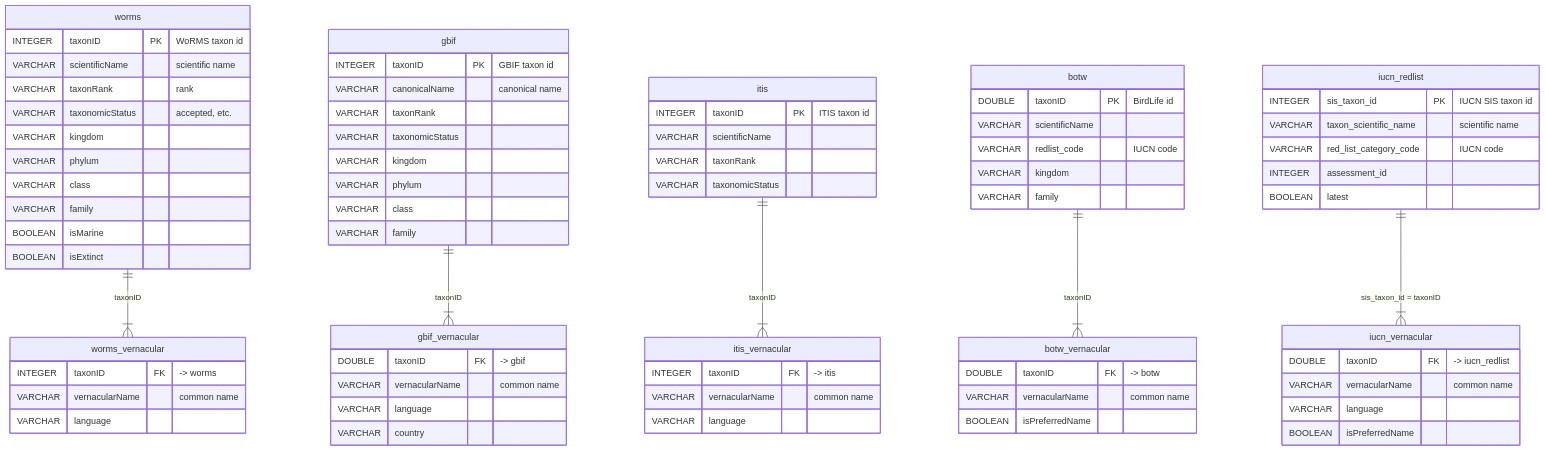
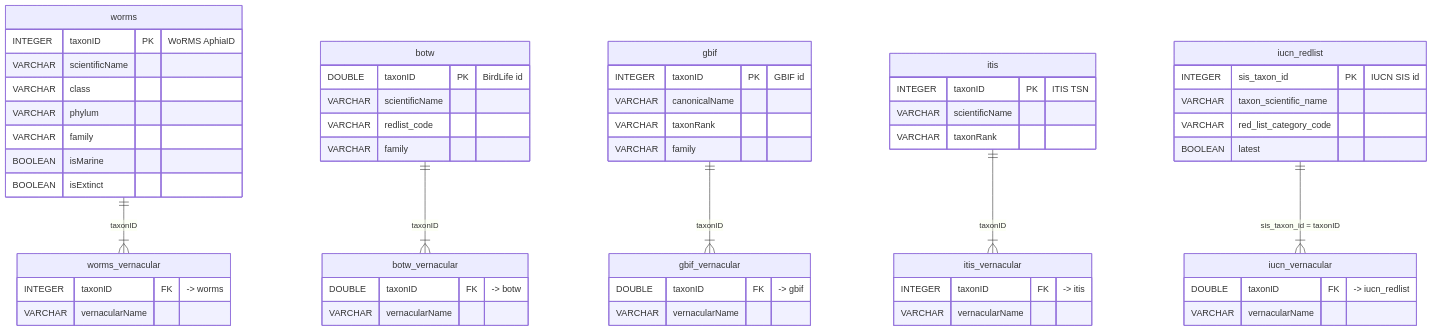
The fourth of 4 diagrams in schema.qmd (MarineSensitivity/workflows), drawn with Mermaid before and after one commit. The commit also changed other lines of this file and 8 other files, not shown here.

First line of the commit message:
schema.qmd: rewrite for v8 — architecture + ERDs across all four DuckDB databases [#18]

````diff
--- a/schema.qmd
+++ b/schema.qmd
@@ -764,87 +553,65 @@
 ```{mermaid}
 %%| label: fig-spp-erd
-%%| fig-cap: "SPP entity relationship diagram (click to zoom)"
+%%| fig-cap: "spp.duckdb entity relationship diagram (click to zoom)"
 %%| fig-width: 10
 
 erDiagram
+  worms {
+    INTEGER taxonID          PK "WoRMS AphiaID"
+    VARCHAR scientificName
+    VARCHAR class
+    VARCHAR phylum
+    VARCHAR family
+    BOOLEAN isMarine
+    BOOLEAN isExtinct
+  }
+  worms_vernacular {
+    INTEGER taxonID          FK "-> worms"
+    VARCHAR vernacularName
+  }
+  botw {
+    DOUBLE  taxonID          PK "BirdLife id"
+    VARCHAR scientificName
+    VARCHAR redlist_code
+    VARCHAR family
+  }
+  botw_vernacular {
+    DOUBLE  taxonID          FK "-> botw"
+    VARCHAR vernacularName
+  }
+  gbif {
+    INTEGER taxonID          PK "GBIF id"
+    VARCHAR canonicalName
+    VARCHAR taxonRank
+    VARCHAR family
+  }
+  gbif_vernacular {
+    DOUBLE  taxonID          FK "-> gbif"
+    VARCHAR vernacularName
+  }
+  itis {
+    INTEGER taxonID          PK "ITIS TSN"
+    VARCHAR scientificName
+    VARCHAR taxonRank
+  }
+  itis_vernacular {
+    INTEGER taxonID          FK "-> itis"
+    VARCHAR vernacularName
+  }
+  iucn_redlist {
+    INTEGER sis_taxon_id     PK "IUCN SIS id"
+    VARCHAR taxon_scientific_name
+    VARCHAR red_list_category_code
+    BOOLEAN latest
+  }
+  iucn_vernacular {
+    DOUBLE  taxonID          FK "-> iucn_redlist"
+    VARCHAR vernacularName
+  }
 
-worms {
-  INTEGER taxonID              PK "WoRMS taxon id"
-  VARCHAR scientificName          "scientific name"
-  VARCHAR taxonRank               "rank"
-  VARCHAR taxonomicStatus         "accepted, etc."
-  VARCHAR kingdom
-  VARCHAR phylum
-  VARCHAR class
-  VARCHAR family
-  BOOLEAN isMarine
-  BOOLEAN isExtinct
-}
-worms_vernacular {
-  INTEGER taxonID              FK "-> worms"
-  VARCHAR vernacularName          "common name"
-  VARCHAR language
-}
-
-gbif {
-  INTEGER taxonID              PK "GBIF taxon id"
-  VARCHAR canonicalName           "canonical name"
-  VARCHAR taxonRank
-  VARCHAR taxonomicStatus
-  VARCHAR kingdom
-  VARCHAR phylum
-  VARCHAR class
-  VARCHAR family
-}
-gbif_vernacular {
-  DOUBLE  taxonID              FK "-> gbif"
-  VARCHAR vernacularName          "common name"
-  VARCHAR language
-  VARCHAR country
-}
-
-itis {
-  INTEGER taxonID              PK "ITIS taxon id"
-  VARCHAR scientificName
-  VARCHAR taxonRank
-  VARCHAR taxonomicStatus
-}
-itis_vernacular {
-  INTEGER taxonID              FK "-> itis"
-  VARCHAR vernacularName          "common name"
-  VARCHAR language
-}
-
-botw {
-  DOUBLE  taxonID              PK "BirdLife id"
-  VARCHAR scientificName
-  VARCHAR redlist_code            "IUCN code"
-  VARCHAR kingdom
-  VARCHAR family
-}
-botw_vernacular {
-  DOUBLE  taxonID              FK "-> botw"
-  VARCHAR vernacularName          "common name"
-  BOOLEAN isPreferredName
-}
-
-iucn_redlist {
-  INTEGER sis_taxon_id         PK "IUCN SIS taxon id"
-  VARCHAR taxon_scientific_name   "scientific name"
-  VARCHAR red_list_category_code  "IUCN code"
-  INTEGER assessment_id
-  BOOLEAN latest
-}
-iucn_vernacular {
-  DOUBLE  taxonID              FK "-> iucn_redlist"
-  VARCHAR vernacularName          "common name"
-  VARCHAR language
-  BOOLEAN isPreferredName
-}
-
-worms          ||--|{ worms_vernacular : taxonID
-gbif           ||--|{ gbif_vernacular  : taxonID
-itis           ||--|{ itis_vernacular  : taxonID
-botw           ||--|{ botw_vernacular  : taxonID
-iucn_redlist   ||--|{ iucn_vernacular  : "sis_taxon_id = taxonID"
+  worms        ||--|{ worms_vernacular : taxonID
+  botw         ||--|{ botw_vernacular  : taxonID
+  gbif         ||--|{ gbif_vernacular  : taxonID
+  itis         ||--|{ itis_vernacular  : taxonID
+  iucn_redlist ||--|{ iucn_vernacular  : "sis_taxon_id = taxonID"
 ```
````
